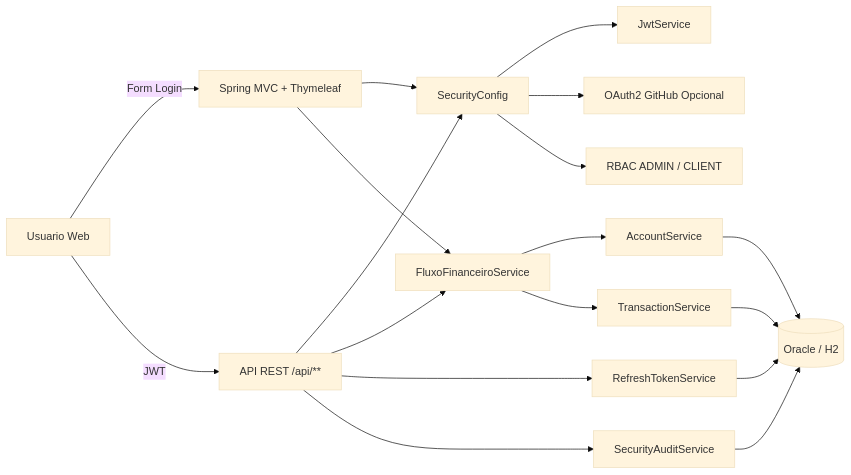
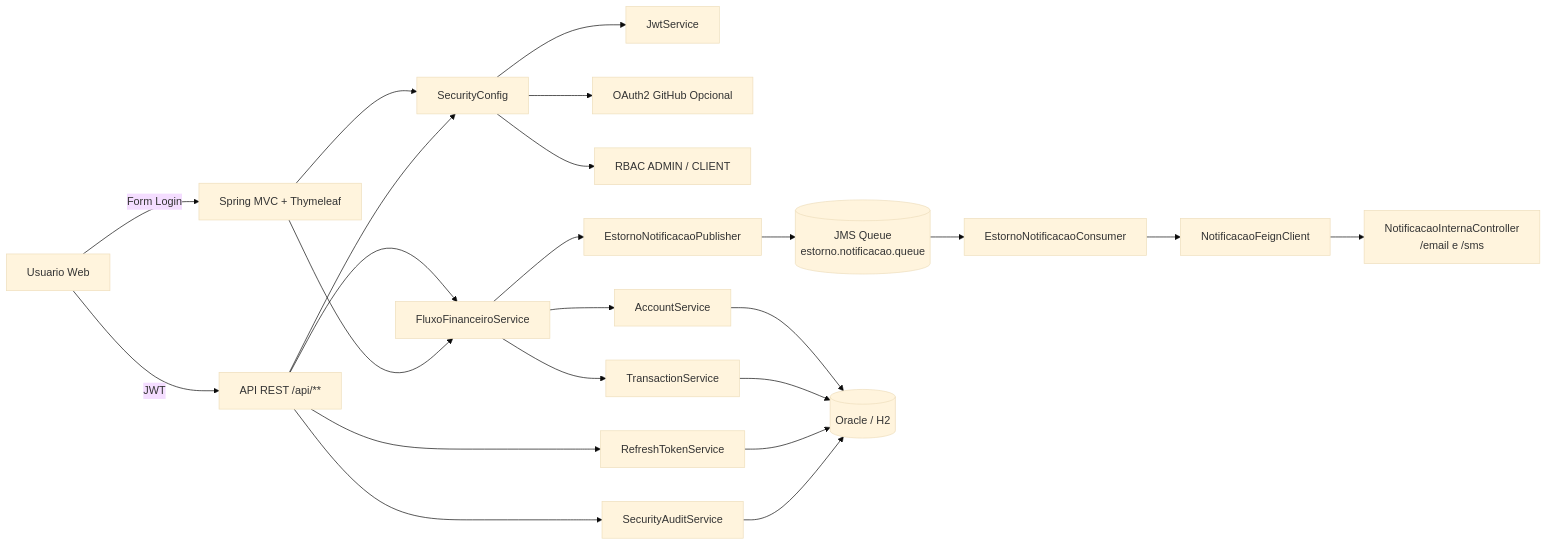
One commit to viniruggeri/midas-fintech-java changed the first of 3 diagrams in docs/diagrams/arquitetura-midas.md. Above: the diagram before and after it, drawn with Mermaid (base theme). The commit also changed other lines of this file and 8 other files, not shown here.

````diff
--- a/docs/diagrams/arquitetura-midas.md
+++ b/docs/diagrams/arquitetura-midas.md
@@ -5,25 +5,32 @@
 ```mermaid
 flowchart LR
     U[Usuario Web] -->|Form Login| W[Spring MVC + Thymeleaf]
     U -->|JWT| A[API REST /api/**]
 
     W --> S[SecurityConfig]
     A --> S
 
     S --> J[JwtService]
     S --> O[OAuth2 GitHub Opcional]
     S --> R[RBAC ADMIN / CLIENT]
 
     A --> F[FluxoFinanceiroService]
     W --> F
 
     F --> AC[AccountService]
     F --> TR[TransactionService]
+    F --> EP[EstornoNotificacaoPublisher]
+
+    EP --> MQ[(JMS Queue\nestorno.notificacao.queue)]
+    MQ --> EC[EstornoNotificacaoConsumer]
+    EC --> FEIGN[NotificacaoFeignClient]
+    FEIGN --> NIC[NotificacaoInternaController\n/email e /sms]
+
     A --> RT[RefreshTokenService]
     A --> AU[SecurityAuditService]
 
     AC --> DB[(Oracle / H2)]
     TR --> DB
     RT --> DB
     AU --> DB
 ```
````
